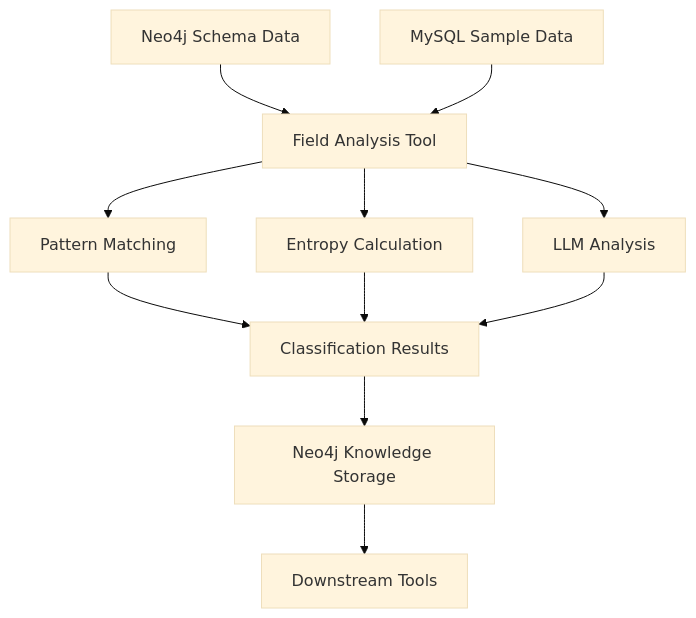
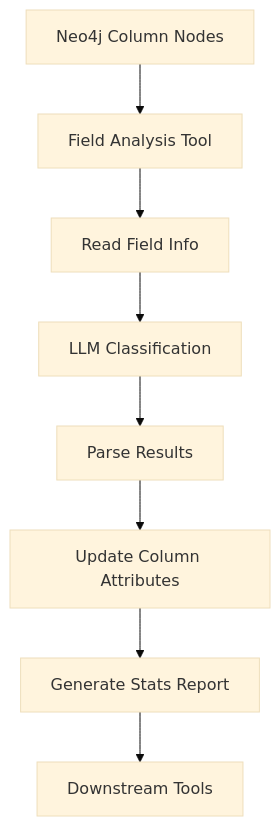
One commit to lizhenping/SemanticSQL-Agent changed the diagram in semanticsql-agent/设计文档/工具设计文档/field_analysis_tool/README.md. Above: the diagram before and after it, drawn with Mermaid (base theme). The commit also changed other lines of this file and 8 other files, not shown here.

````diff
--- a/semanticsql-agent/设计文档/工具设计文档/field_analysis_tool/README.md
+++ b/semanticsql-agent/设计文档/工具设计文档/field_analysis_tool/README.md
@@ -91,13 +92,10 @@
 ```mermaid
 graph TD
-    A[Neo4j Schema Data] --> B[Field Analysis Tool]
-    C[MySQL Sample Data] --> B
-    B --> D[Pattern Matching]
-    B --> E[Entropy Calculation]
-    B --> F[LLM Analysis]
-    D --> G[Classification Results]
-    E --> G
-    F --> G
-    G --> H[Neo4j Knowledge Storage]
-    H --> I[Downstream Tools]
+    A[Neo4j Column Nodes] --> B[Field Analysis Tool]
+    B --> C[Read Field Info]
+    C --> D[LLM Classification]
+    D --> E[Parse Results]
+    E --> F[Update Column Attributes]
+    F --> G[Generate Stats Report]
+    G --> H[Downstream Tools]
 ```
````
